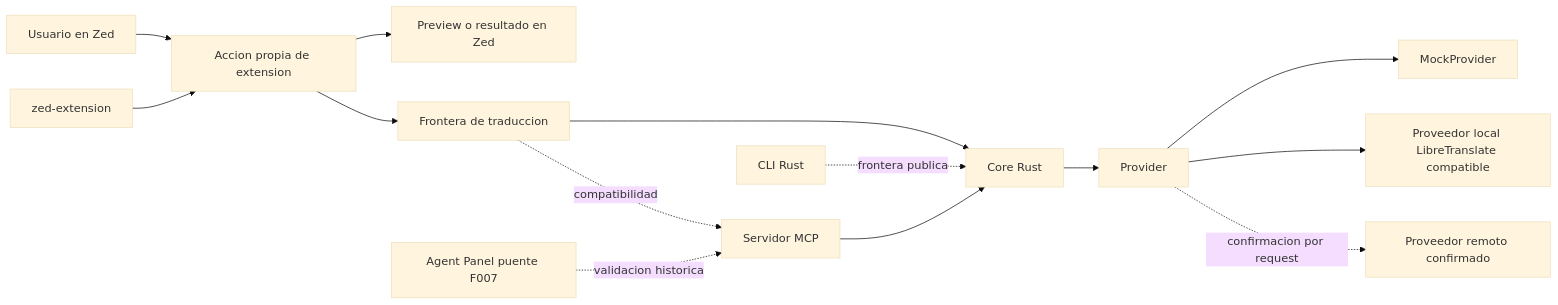
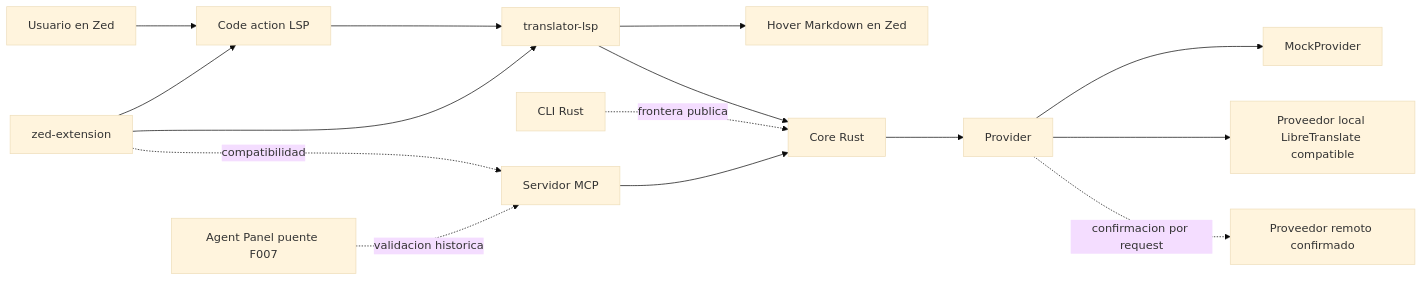
The first of 8 diagrams in docs/diagrams.md (Theos48/zed-en-es-translator), drawn with Mermaid (base theme) before and after one commit. The commit also changed other lines of this file and 57 other files, not shown here.

````diff
--- a/docs/diagrams.md
+++ b/docs/diagrams.md
@@ -10,30 +9,31 @@
 ```mermaid
 flowchart LR
     user[Usuario en Zed]
-    action[Accion propia de extension]
-    preview[Preview o resultado en Zed]
+    action[Code action LSP]
+    preview[Hover Markdown en Zed]
     extension[zed-extension]
-    boundary[Frontera de traduccion]
+    lsp[translator-lsp]
     mcp[Servidor MCP]
     cli[CLI Rust]
     core[Core Rust]
     provider[Provider]
     mock[MockProvider]
     local[Proveedor local LibreTranslate compatible]
     remote[Proveedor remoto confirmado]
     agent[Agent Panel puente F007]
 
     user --> action
-    action --> preview
     extension --> action
-    action --> boundary
-    boundary --> core
-    boundary -. compatibilidad .-> mcp
+    action --> lsp
+    lsp --> preview
+    lsp --> core
+    extension --> lsp
+    extension -. compatibilidad .-> mcp
     cli -. frontera publica .-> core
     mcp --> core
     core --> provider
     provider --> mock
     provider --> local
     provider -. confirmacion por request .-> remote
     agent -. validacion historica .-> mcp
 ```
````
